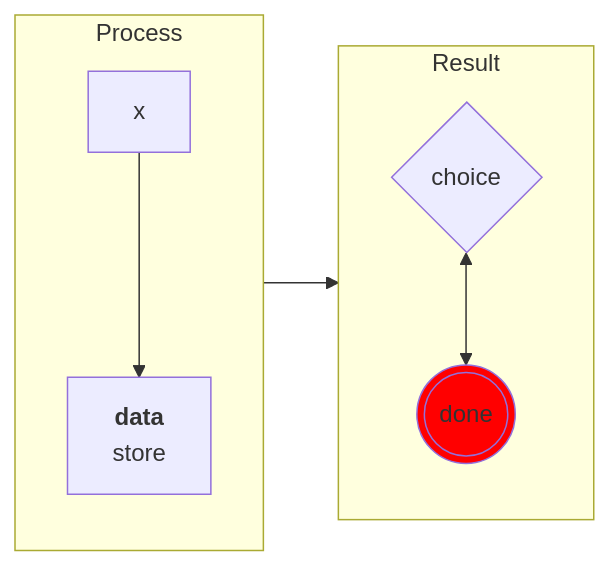
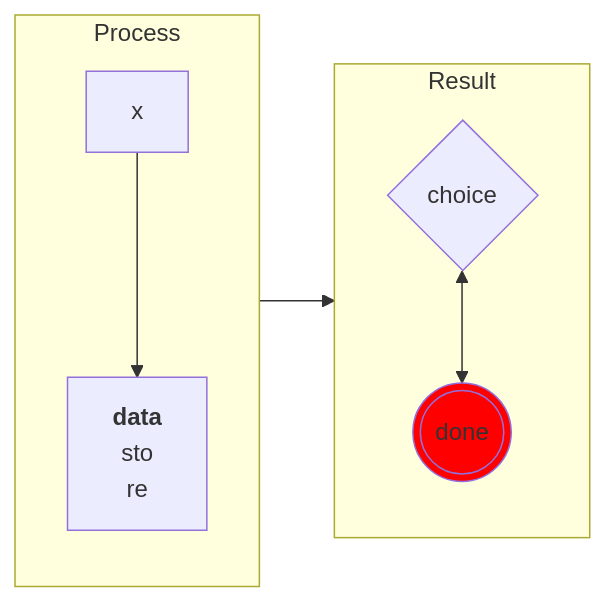
One commit to unexge/mdr changed the first of 2 diagrams in bombadil/fixture.md. Above: the diagram before and after it, drawn with Mermaid. The commit also changed 6 other files, not shown here.

First line of the commit message:
fix: Render complex Mermaid flowcharts

````diff
--- a/bombadil/fixture.md
+++ b/bombadil/fixture.md
@@ -47,12 +47,13 @@
 ```mermaid
 flowchart LR
 subgraph process [Process]
 direction TB
-A["x"] e1@---> B["`**data**<br/>store`"]
+A["x"] e1@---> B["`**data**<br/>sto
+re`"]
 end
 subgraph result [Result]
 C{choice} <--> D(((done))):::terminal
 end
 process --> result
 classDef terminal fill:red
 ```
````
